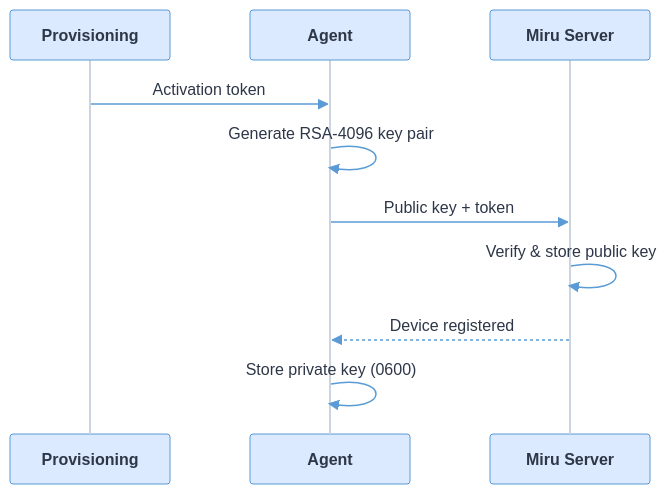
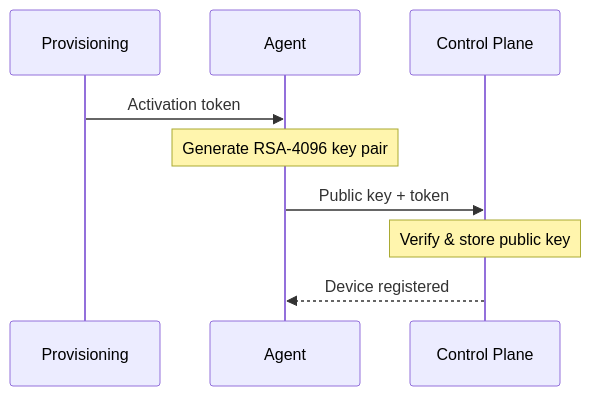
The first of 2 diagrams in docs/developers/agent/security.mdx (mirurobotics/docs), drawn with Mermaid before and after one commit. The commit also changed other lines of this file and 9 other files, not shown here.

Commit message:
feat: expose agent security and architecture documentation

````diff
--- a/docs/developers/agent/security.mdx
+++ b/docs/developers/agent/security.mdx
@@ -13,40 +16,12 @@
 ```mermaid
-%%{init: {
-  'theme': 'base',
-  'themeVariables': {
-    'actorBkg': '#dbeafe',
-    'actorBorder': '#5b9bd5',
-    'actorTextColor': '#2d3748',
-    'actorLineColor': '#cbd5e0',
-    'signalColor': '#5b9bd5',
-    'signalTextColor': '#2d3748',
-    'noteBkgColor': '#f0f4f8',
-    'noteBorderColor': '#cbd5e0',
-    'noteTextColor': '#2d3748',
-    'activationBkgColor': '#e8f4f8',
-    'activationBorderColor': '#5b9bd5',
-    'fontFamily': 'system-ui, sans-serif',
-    'fontSize': '14px'
-  },
-  'sequence': {
-    'actorMargin': 80,
-    'messageMargin': 35,
-    'width': 160,
-    'height': 50,
-    'actorFontSize': 14,
-    'actorFontWeight': 600,
-    'messageFontSize': 13
-  }
-}}%%
 sequenceDiagram
     participant P as Provisioning
     participant A as Agent
-    participant S as Miru Server
+    participant S as Control Plane
 
     P->>A: Activation token
-    A->>A: Generate RSA-4096 key pair
+    Note over A: Generate RSA-4096 key pair
     A->>S: Public key + token
-    S->>S: Verify & store public key
+    Note over S: Verify & store public key
     S-->>A: Device registered
-    A->>A: Store private key (0600)
 ```
````
